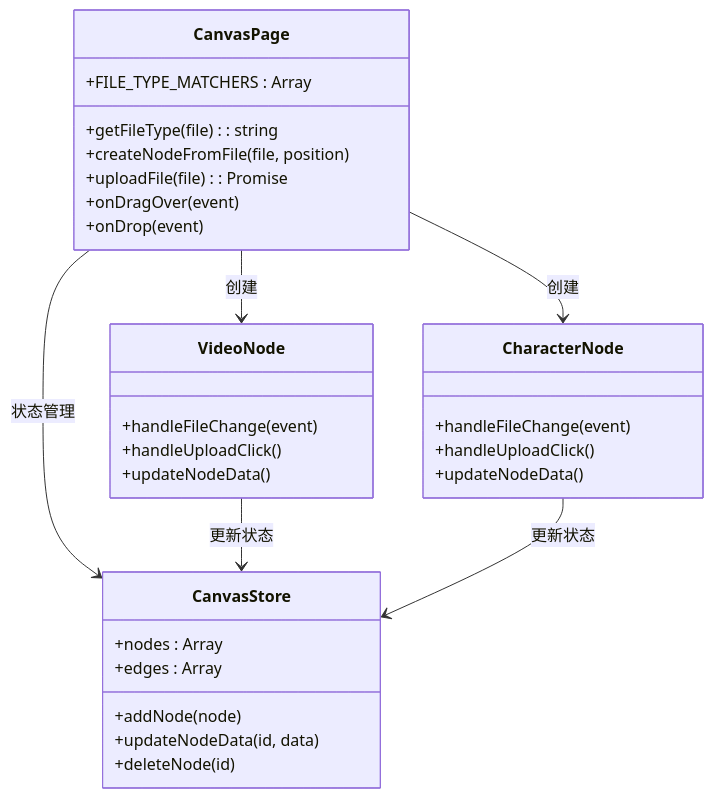
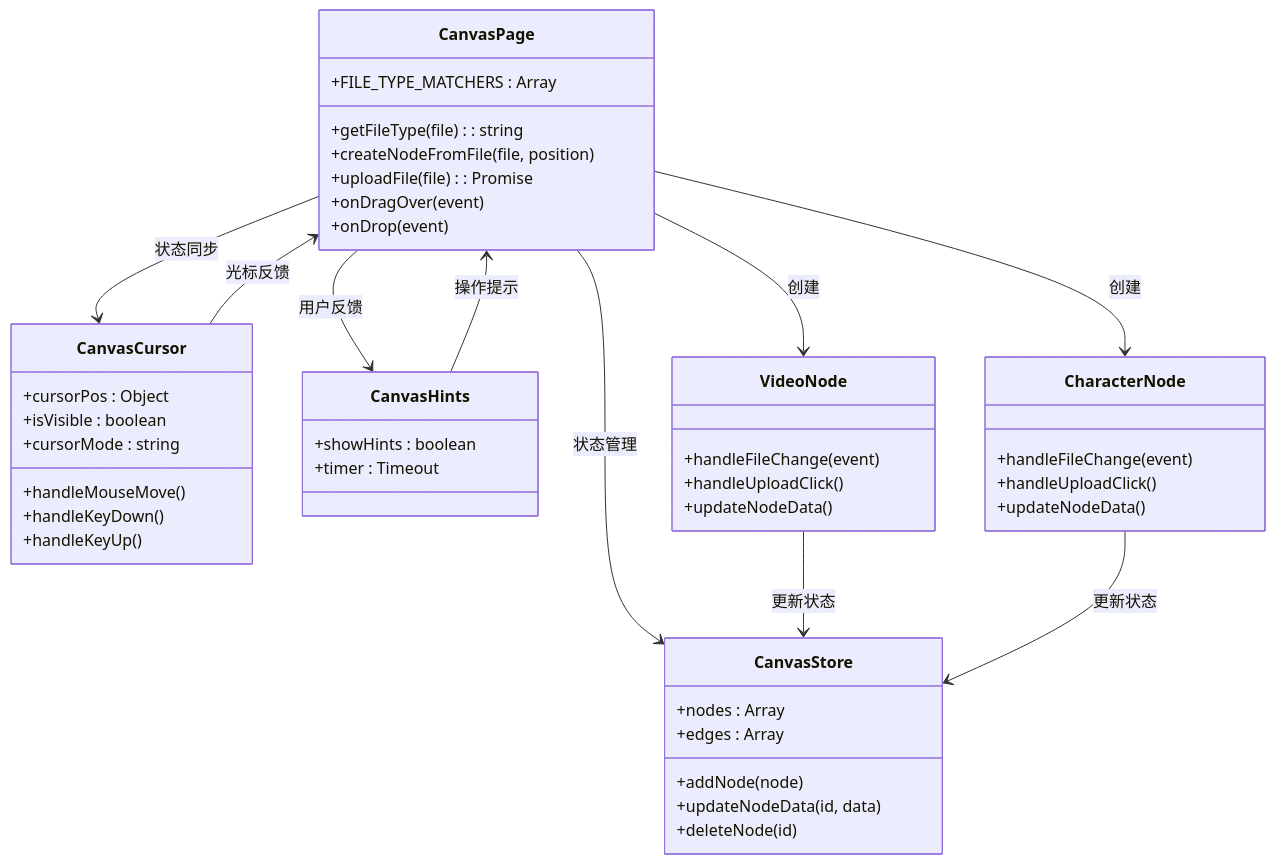
One commit to KunLabAI/KunFlix changed the third of 9 diagrams in .qoder/repowiki/zh/content/Canvas File Type Detection.md. Above: the diagram before and after it, drawn with Mermaid. The commit also changed other lines of this file and 32 other files, not shown here.

````diff
--- a/.qoder/repowiki/zh/content/Canvas File Type Detection.md
+++ b/.qoder/repowiki/zh/content/Canvas File Type Detection.md
@@ -117,33 +137,49 @@
 ```mermaid
 classDiagram
 class CanvasPage {
 +FILE_TYPE_MATCHERS : Array
 +getFileType(file) : string
 +createNodeFromFile(file, position)
 +uploadFile(file) : Promise
 +onDragOver(event)
 +onDrop(event)
+}
+class CanvasCursor {
++cursorPos : Object
++isVisible : boolean
++cursorMode : string
++handleMouseMove()
++handleKeyDown()
++handleKeyUp()
+}
+class CanvasHints {
++showHints : boolean
++timer : Timeout
 }
 class VideoNode {
 +handleFileChange(event)
 +handleUploadClick()
 +updateNodeData()
 }
 class CharacterNode {
 +handleFileChange(event)
 +handleUploadClick()
 +updateNodeData()
 }
 class CanvasStore {
 +nodes : Array
 +edges : Array
 +addNode(node)
 +updateNodeData(id, data)
 +deleteNode(id)
 }
+CanvasPage --> CanvasCursor : 状态同步
+CanvasPage --> CanvasHints : 用户反馈
 CanvasPage --> VideoNode : 创建
 CanvasPage --> CharacterNode : 创建
 CanvasPage --> CanvasStore : 状态管理
+CanvasCursor --> CanvasPage : 光标反馈
+CanvasHints --> CanvasPage : 操作提示
 VideoNode --> CanvasStore : 更新状态
 CharacterNode --> CanvasStore : 更新状态
 ```
````
